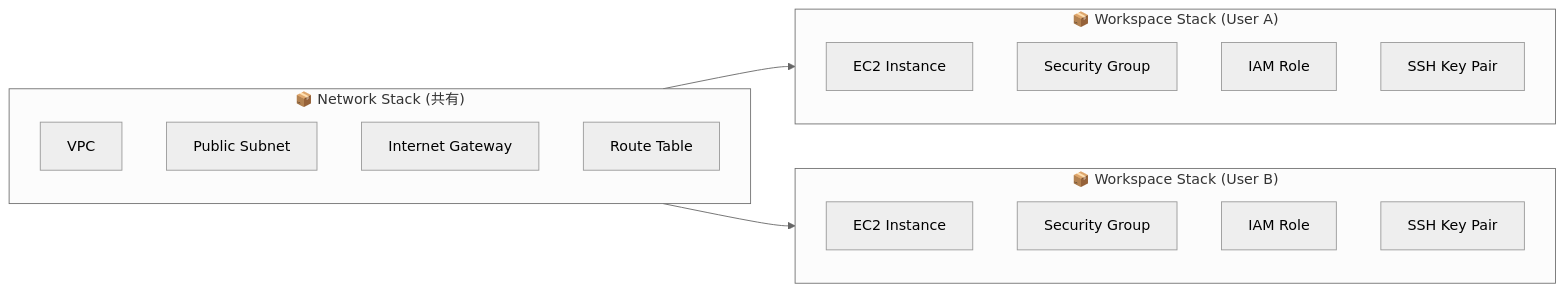
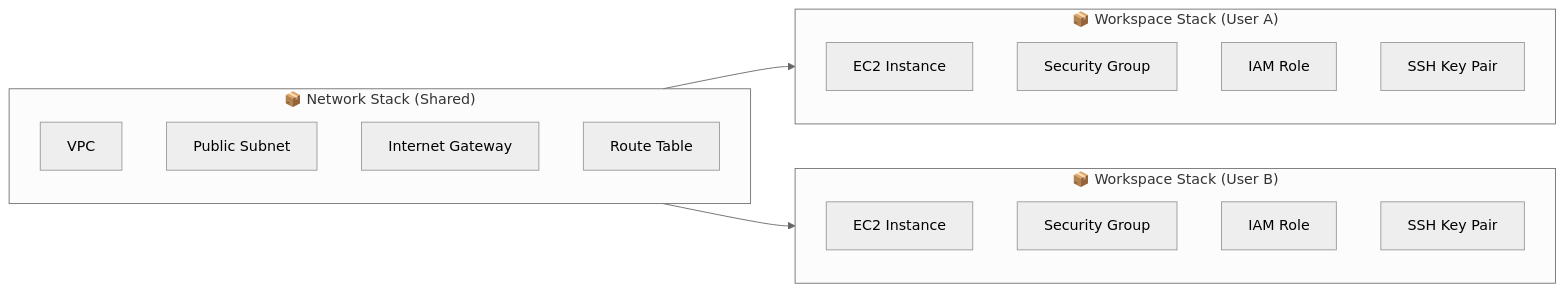
The second of 4 diagrams in README.md (sukekyo26/ec2-workstation), drawn with Mermaid (neutral theme) before and after one commit. The commit also changed other lines of this file and 1 other file, not shown here.

````diff
--- a/README.md
+++ b/README.md
@@ -60,26 +62,26 @@
 ```mermaid
 flowchart LR
-    subgraph NetworkStack["📦 Network Stack (共有)"]
+    subgraph NetworkStack["📦 Network Stack (Shared)"]
         VPC["VPC"]
         Subnet["Public Subnet"]
         IGW["Internet Gateway"]
         RT["Route Table"]
     end
 
     subgraph WorkspaceA["📦 Workspace Stack (User A)"]
         EC2A["EC2 Instance"]
         SGA["Security Group"]
         IAMA["IAM Role"]
         KPA["SSH Key Pair"]
     end
 
     subgraph WorkspaceB["📦 Workspace Stack (User B)"]
         EC2B["EC2 Instance"]
         SGB["Security Group"]
         IAMB["IAM Role"]
         KPB["SSH Key Pair"]
     end
 
     NetworkStack --> WorkspaceA
     NetworkStack --> WorkspaceB
 ```
````
